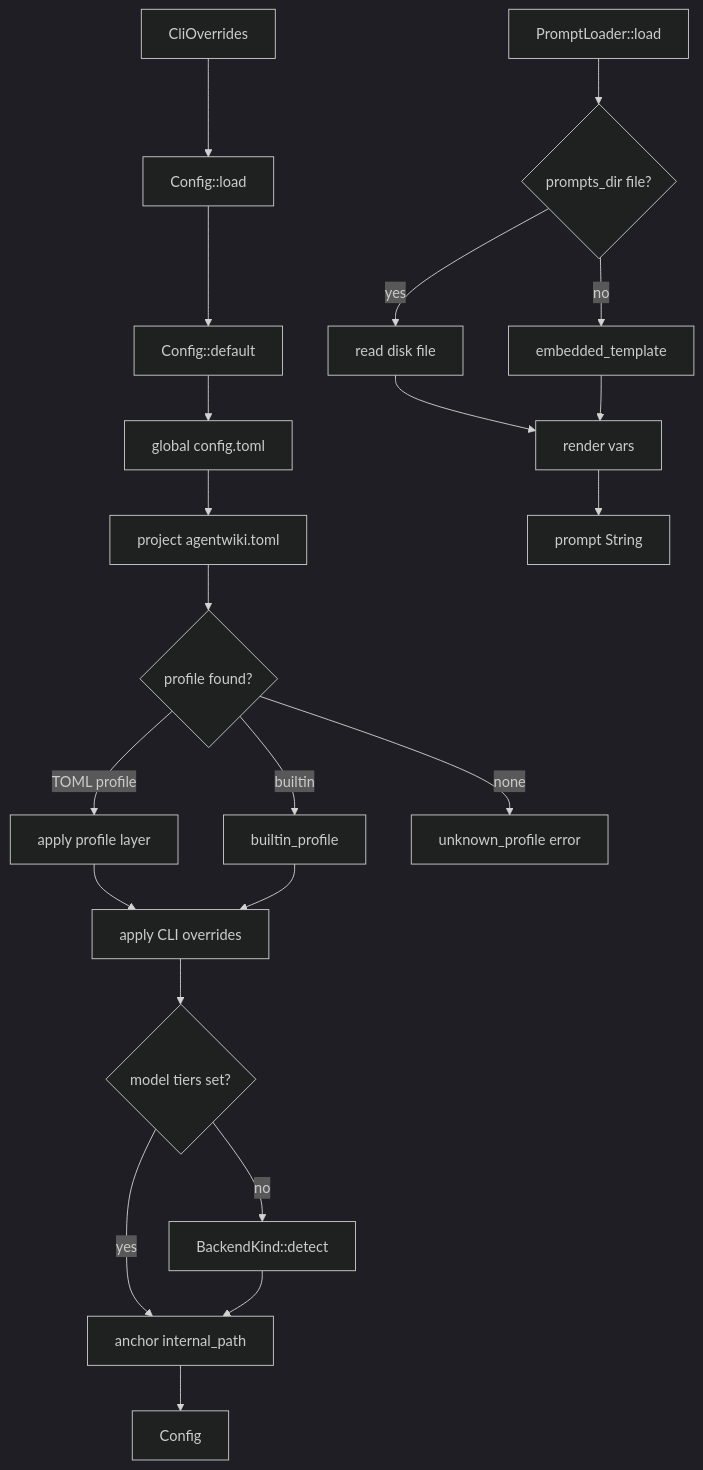
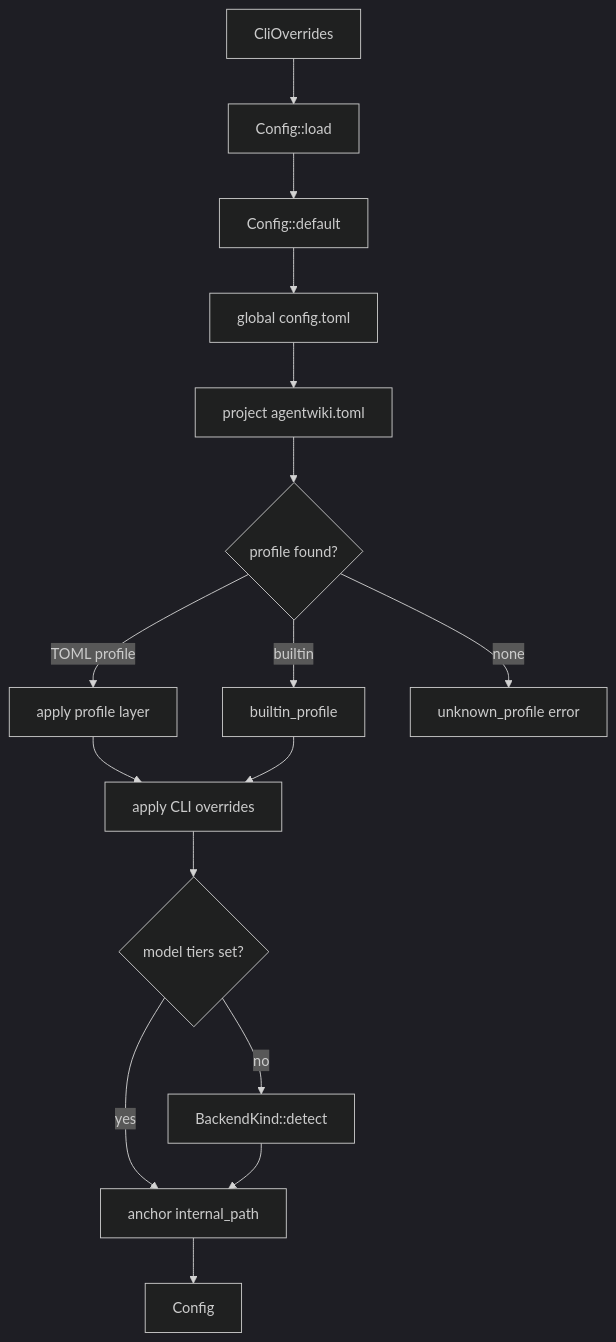
One commit to tidusvn05/agentwiki changed the first of 2 diagrams in docs/vi/4.Deep-Exploration/Configuration & Prompt Management.md. Above: the diagram before and after it, drawn with Mermaid (dark theme). The commit also changed other lines of this file and 10 other files, not shown here.

````diff
--- a/docs/vi/4.Deep-Exploration/Configuration & Prompt Management.md
+++ b/docs/vi/4.Deep-Exploration/Configuration & Prompt Management.md
@@ -72,24 +74,18 @@
 ```mermaid
 flowchart TD
-    A[CliOverrides] --> B[Config::load]
-    B --> C[Config::default]
-    C --> D[global config.toml]
-    D --> E[project agentwiki.toml]
-    E --> F{profile found?}
-    F -->|TOML profile| G[apply profile layer]
-    F -->|builtin| H[builtin_profile]
-    F -->|none| I[unknown_profile error]
-    G --> J[apply CLI overrides]
-    H --> J
-    J --> K{model tiers set?}
-    K -->|no| L[BackendKind::detect]
-    K -->|yes| M[anchor internal_path]
-    L --> M
-    M --> N[Config]
-    O[PromptLoader::load] --> P{prompts_dir file?}
-    P -->|yes| Q[read disk file]
-    P -->|no| R[embedded_template]
-    Q --> S[render vars]
-    R --> S
-    S --> T[prompt String]
+  A[CliOverrides] --> B[Config::load]
+  B --> C[Config::default]
+  C --> D[global config.toml]
+  D --> E[project agentwiki.toml]
+  E --> F{profile found?}
+  F -->|TOML profile| G[apply profile layer]
+  F -->|builtin| H[builtin_profile]
+  F -->|none| I[unknown_profile error]
+  G --> J[apply CLI overrides]
+  H --> J
+  J --> K{model tiers set?}
+  K -->|no| L[BackendKind::detect]
+  K -->|yes| M[anchor internal_path]
+  L --> M
+  M --> N[Config]
 ```
````
